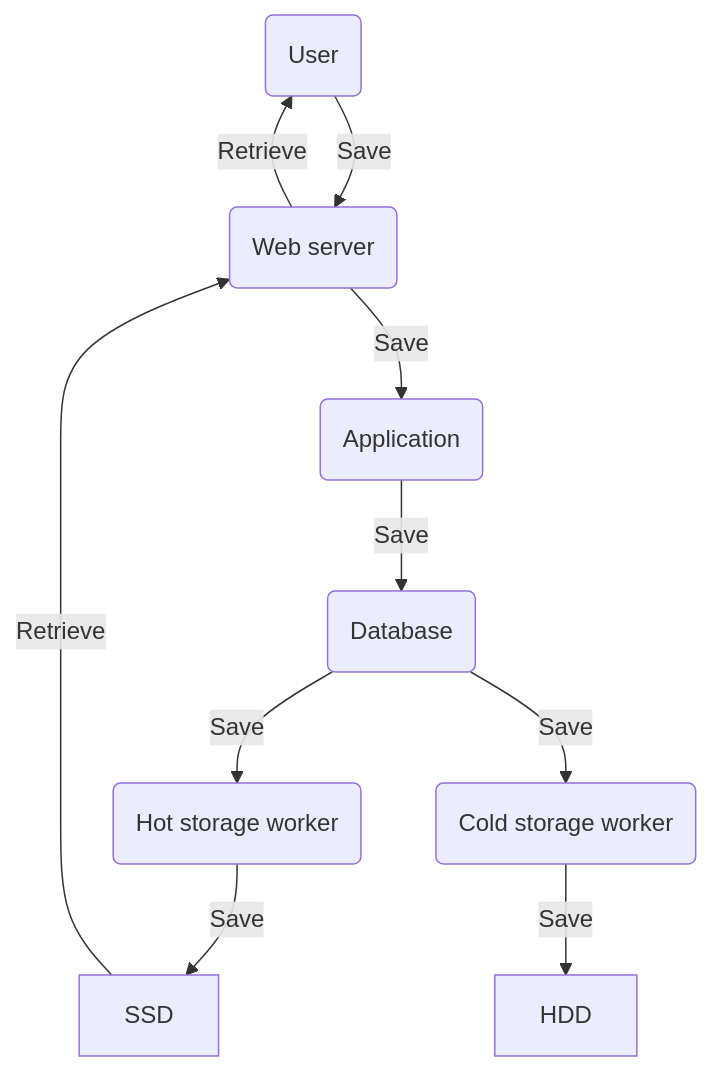
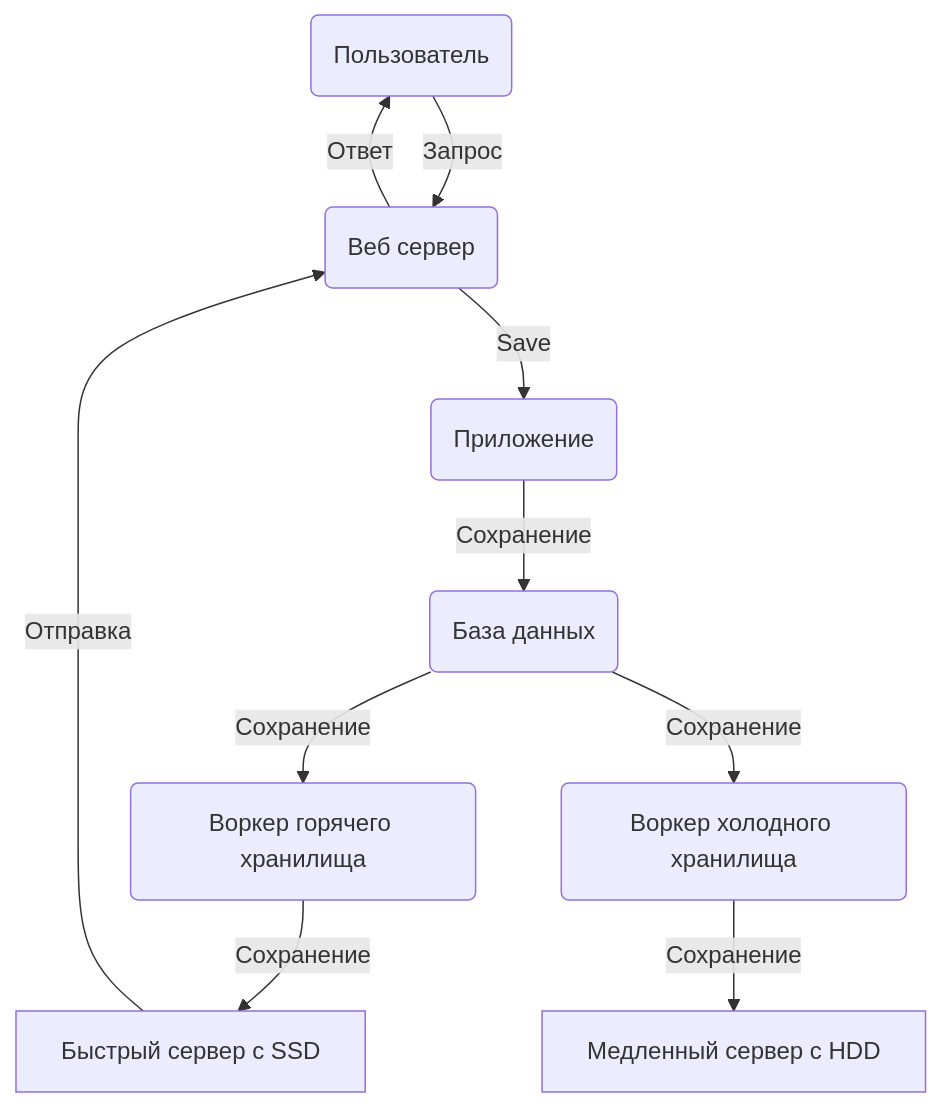
One commit to IgorZyktin/omoide changed the third of 3 diagrams in README.md. Above: the diagram before and after it, drawn with Mermaid. The commit also changed other lines of this file, not shown here.

Commit message:
doc: dropped tag inheritance schema

````diff
--- a/README.md
+++ b/README.md
@@ -147,12 +140,12 @@
 ```mermaid
 graph TD
-    User(User) -->|Save| NGINX
-    NGINX(Web server) -->|Save| WEB
-    WEB(Application) -->|Save| DB(Database)
-    DB -->|Save| HOT(Hot storage worker)
-    DB -->|Save| COLD(Cold storage worker)
-    HOT -->|Save| SSD[SSD]
-    COLD -->|Save| HDD[HDD]
-    SSD -->|Retrieve| NGINX
-    NGINX -->|Retrieve| User
+    User(Пользователь) -->|Запрос| NGINX
+    NGINX(Веб сервер) -->|Save| WEB
+    WEB(Приложение) -->|Сохранение| DB(База данных)
+    DB -->|Сохранение| HOT(Воркер горячего хранилища)
+    DB -->|Сохранение| COLD(Воркер холодного хранилища)
+    HOT -->|Сохранение| SSD[Быстрый сервер с SSD]
+    COLD -->|Сохранение| HDD[Медленный сервер с HDD]
+    SSD -->|Отправка| NGINX
+    NGINX -->|Ответ| User
 ```
````
